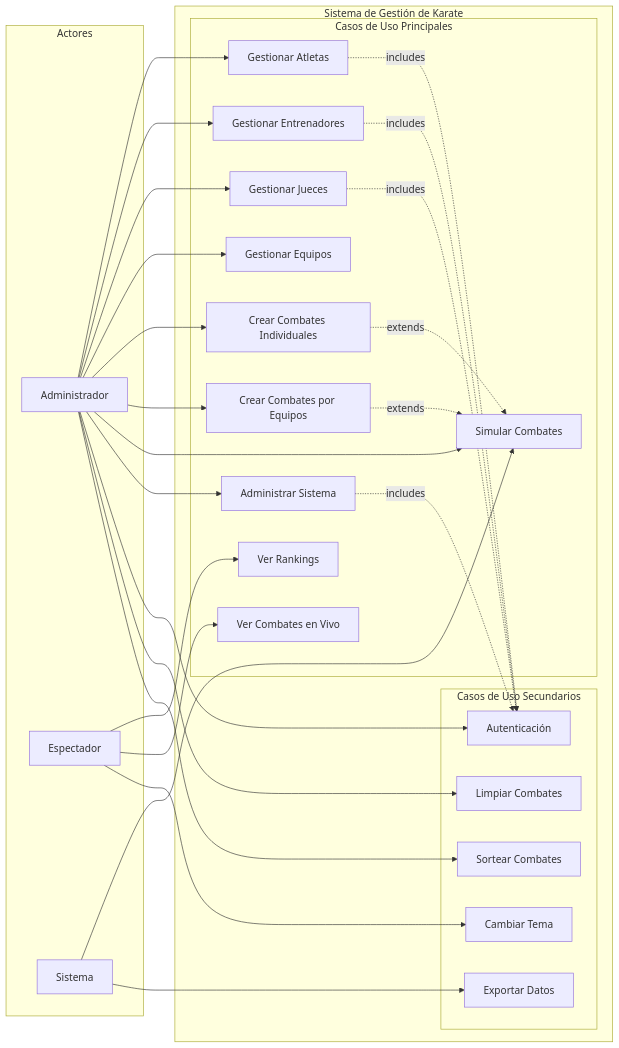
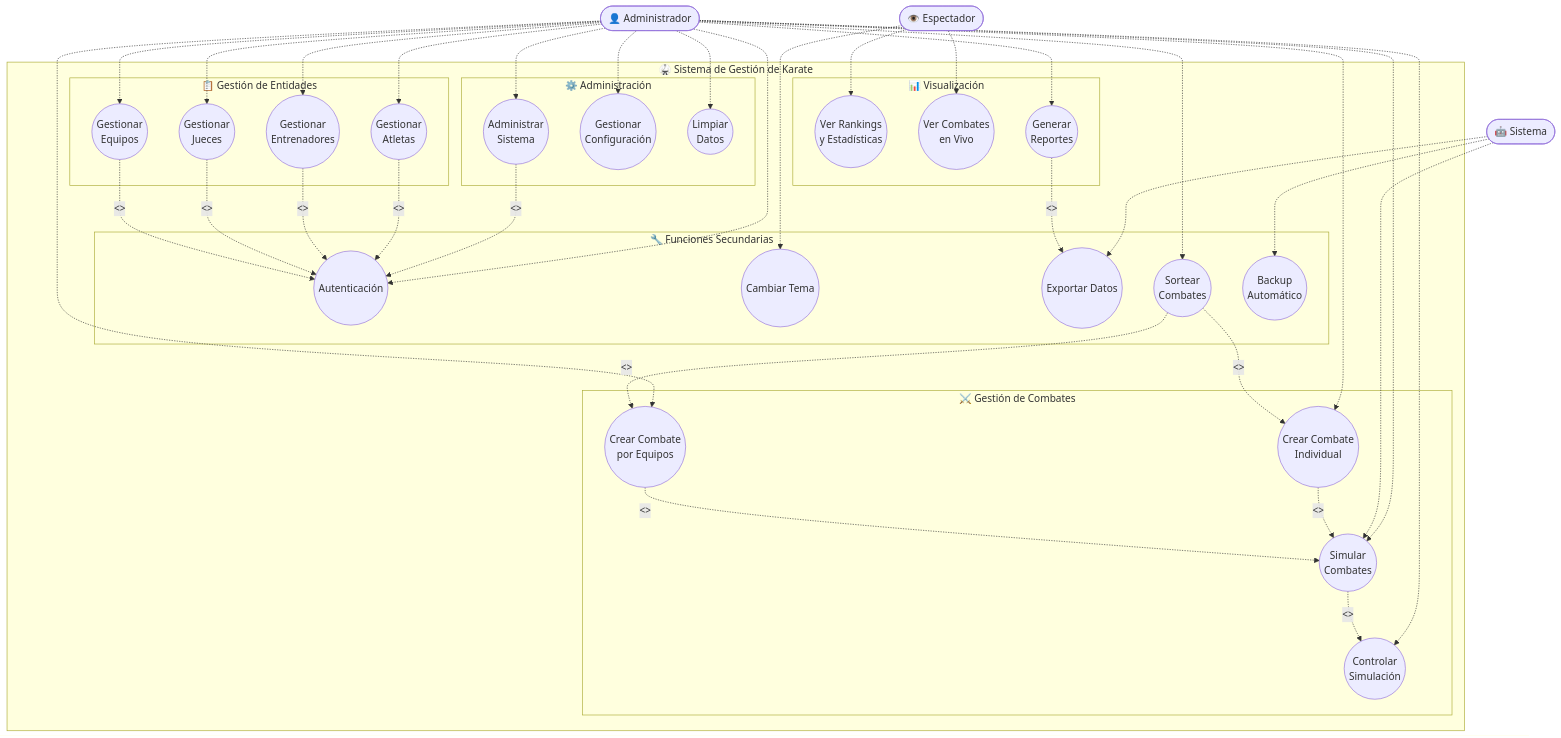
The seventh of 8 diagrams in DIAGRAMAS_UML.md (agustino42/asociacion-karate), drawn with Mermaid before and after one commit. The commit also changed other lines of this file, not shown here.

Commit message:
documentacion diagramas uml

````diff
--- a/DIAGRAMAS_UML.md
+++ b/DIAGRAMAS_UML.md
@@ -113,57 +400,85 @@
 ```mermaid
-flowchart LR
-    subgraph Sistema["Sistema de Gestión de Karate"]
-        subgraph Principales["Casos de Uso Principales"]
-            UC1[Gestionar Atletas]
-            UC2[Gestionar Entrenadores]
-            UC3[Gestionar Jueces]
-            UC4[Gestionar Equipos]
-            UC5[Crear Combates Individuales]
-            UC6[Crear Combates por Equipos]
-            UC7[Simular Combates]
-            UC8[Ver Rankings]
-            UC9[Administrar Sistema]
-            UC10[Ver Combates en Vivo]
+flowchart TB
+    %% Actores
+    Admin([👤 Administrador])
+    Viewer([👁️ Espectador])
+    System([🤖 Sistema])
+    
+    %% Sistema Principal
+    subgraph SistemaKarate["🥋 Sistema de Gestión de Karate"]
+        
+        %% Casos de Uso Principales
+        subgraph GestionEntidades["📋 Gestión de Entidades"]
+            UC1((Gestionar<br/>Atletas))
+            UC2((Gestionar<br/>Entrenadores))
+            UC3((Gestionar<br/>Jueces))
+            UC4((Gestionar<br/>Equipos))
         end
         
-        subgraph Secundarios["Casos de Uso Secundarios"]
-            UC11[Autenticación]
-            UC12[Cambiar Tema]
-            UC13[Exportar Datos]
-            UC14[Limpiar Combates]
-            UC15[Sortear Combates]
+        subgraph GestionCombates["⚔️ Gestión de Combates"]
+            UC5((Crear Combate<br/>Individual))
+            UC6((Crear Combate<br/>por Equipos))
+            UC7((Simular<br/>Combates))
+            UC8((Controlar<br/>Simulación))
+        end
+        
+        subgraph Visualizacion["📊 Visualización"]
+            UC9((Ver Rankings<br/>y Estadísticas))
+            UC10((Ver Combates<br/>en Vivo))
+            UC11((Generar<br/>Reportes))
+        end
+        
+        subgraph Administracion["⚙️ Administración"]
+            UC12((Administrar<br/>Sistema))
+            UC13((Gestionar<br/>Configuración))
+            UC14((Limpiar<br/>Datos))
+        end
+        
+        subgraph Secundarios["🔧 Funciones Secundarias"]
+            UC15((Autenticación))
+            UC16((Cambiar Tema))
+            UC17((Exportar Datos))
+            UC18((Sortear<br/>Combates))
+            UC19((Backup<br/>Automático))
         end
     end
     
-    subgraph Actores["Actores"]
-        Admin[Administrador]
-        Viewer[Espectador]
-        System[Sistema]
-    end
+    %% Relaciones Administrador
+    Admin -.-> UC1
+    Admin -.-> UC2
+    Admin -.-> UC3
+    Admin -.-> UC4
+    Admin -.-> UC5
+    Admin -.-> UC6
+    Admin -.-> UC7
+    Admin -.-> UC8
+    Admin -.-> UC11
+    Admin -.-> UC12
+    Admin -.-> UC13
+    Admin -.-> UC14
+    Admin -.-> UC15
+    Admin -.-> UC18
     
-    Admin --> UC1
-    Admin --> UC2
-    Admin --> UC3
-    Admin --> UC4
-    Admin --> UC5
-    Admin --> UC6
-    Admin --> UC7
-    Admin --> UC9
-    Admin --> UC11
-    Admin --> UC14
-    Admin --> UC15
+    %% Relaciones Espectador
+    Viewer -.-> UC9
+    Viewer -.-> UC10
+    Viewer -.-> UC16
     
-    Viewer --> UC8
-    Viewer --> UC10
-    Viewer --> UC12
+    %% Relaciones Sistema
+    System -.-> UC7
+    System -.-> UC17
+    System -.-> UC19
     
-    System --> UC7
-    System --> UC13
-    
-    UC5 -.->|extends| UC7
-    UC6 -.->|extends| UC7
-    UC9 -.->|includes| UC11
-    UC1 -.->|includes| UC11
-    UC2 -.->|includes| UC11
-    UC3 -.->|includes| UC11
+    %% Relaciones entre Casos de Uso
+    UC5 -.->|<<extends>>| UC7
+    UC6 -.->|<<extends>>| UC7
+    UC7 -.->|<<includes>>| UC8
+    UC12 -.->|<<includes>>| UC15
+    UC1 -.->|<<includes>>| UC15
+    UC2 -.->|<<includes>>| UC15
+    UC3 -.->|<<includes>>| UC15
+    UC4 -.->|<<includes>>| UC15
+    UC11 -.->|<<includes>>| UC17
+    UC18 -.->|<<includes>>| UC5
+    UC18 -.->|<<includes>>| UC6
 ```
````
